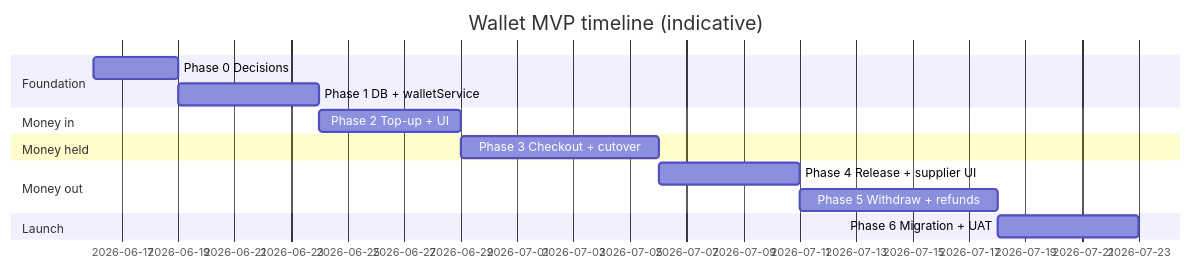
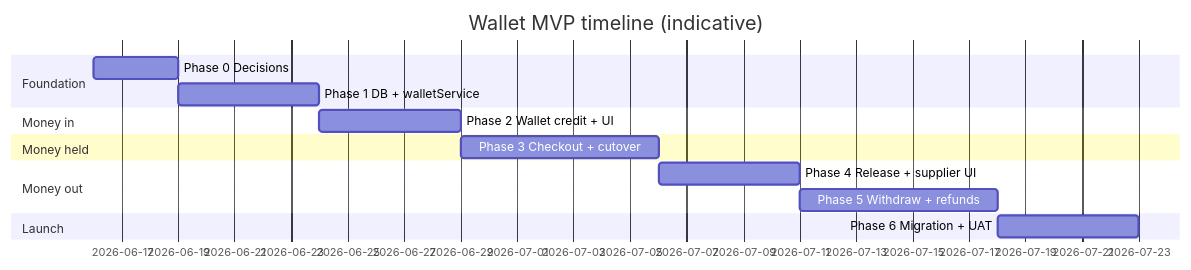
One commit to pranshus18/Tatva_Direct changed the first of 2 diagrams in docs/WALLET_IMPLEMENTATION_PLAN.md. Above: the diagram before and after it, drawn with Mermaid. The commit also changed other lines of this file and 21 other files, not shown here.

````diff
--- a/docs/WALLET_IMPLEMENTATION_PLAN.md
+++ b/docs/WALLET_IMPLEMENTATION_PLAN.md
@@ -95,17 +95,17 @@
 ```mermaid
 gantt
   title Wallet MVP timeline (indicative)
   dateFormat  YYYY-MM-DD
   section Foundation
   Phase 0 Decisions           :p0, 2026-06-16, 3d
   Phase 1 DB + walletService  :p1, after p0, 5d
   section Money in
-  Phase 2 Top-up + UI         :p2, after p1, 5d
+  Phase 2 Wallet credit + UI  :p2, after p1, 5d
   section Money held
   Phase 3 Checkout + cutover  :p3, after p2, 7d
   section Money out
   Phase 4 Release + supplier UI :p4, after p3, 5d
   Phase 5 Withdraw + refunds  :p5, after p4, 7d
   section Launch
   Phase 6 Migration + UAT     :p6, after p5, 5d
 ```
````
